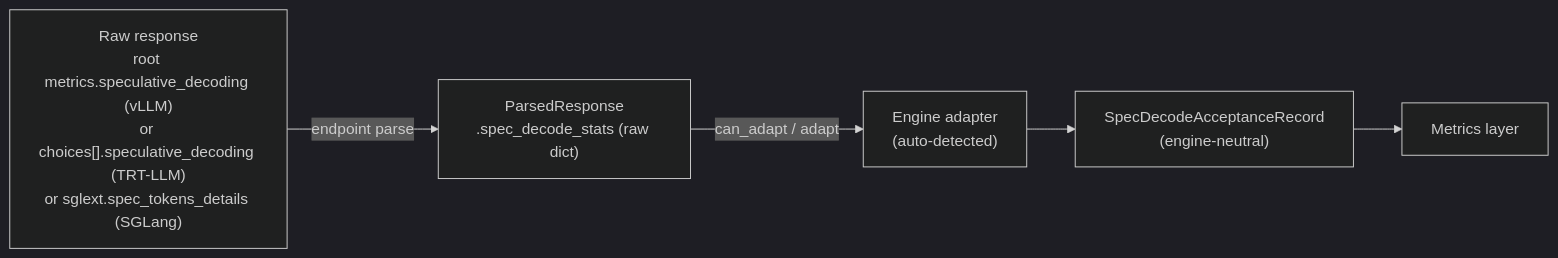
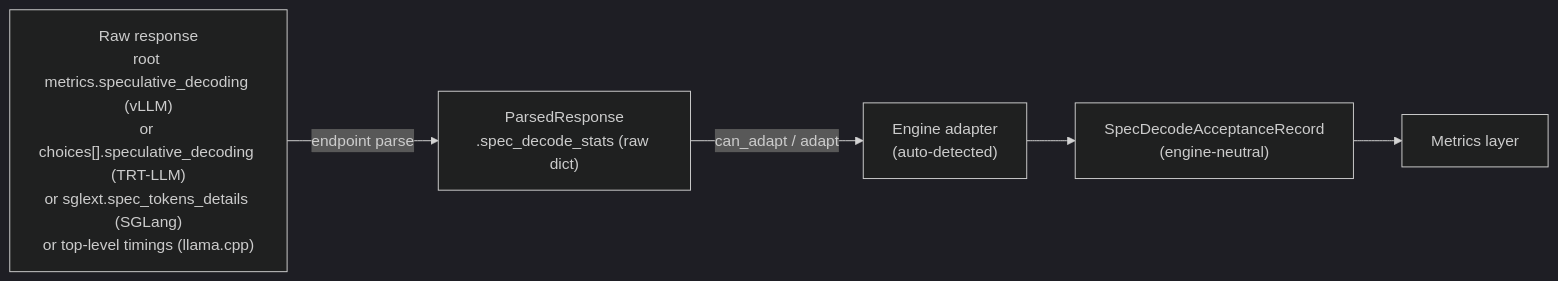
One commit to ai-dynamo/aiperf changed the diagram in docs/reference/spec-decode-acceptance.md. Above: the diagram before and after it, drawn with Mermaid (dark theme). The commit also changed other lines of this file and 18 other files, not shown here.

First line of the commit message:
feat(spec-decode): add llama.cpp per-request acceptance adapter

````diff
--- a/docs/reference/spec-decode-acceptance.md
+++ b/docs/reference/spec-decode-acceptance.md
@@ -89,9 +90,9 @@
 ```mermaid
 flowchart LR
-    R["Raw response<br/>root metrics.speculative_decoding (vLLM)<br/>or choices[].speculative_decoding (TRT-LLM)<br/>or sglext.spec_tokens_details (SGLang)"]
+    R["Raw response<br/>root metrics.speculative_decoding (vLLM)<br/>or choices[].speculative_decoding (TRT-LLM)<br/>or sglext.spec_tokens_details (SGLang)<br/>or top-level timings (llama.cpp)"]
     P["ParsedResponse<br/>.spec_decode_stats (raw dict)"]
     A["Engine adapter<br/>(auto-detected)"]
     N["SpecDecodeAcceptanceRecord<br/>(engine-neutral)"]
     M["Metrics layer"]
     R -->|endpoint parse| P -->|can_adapt / adapt| A --> N --> M
 ```
````
